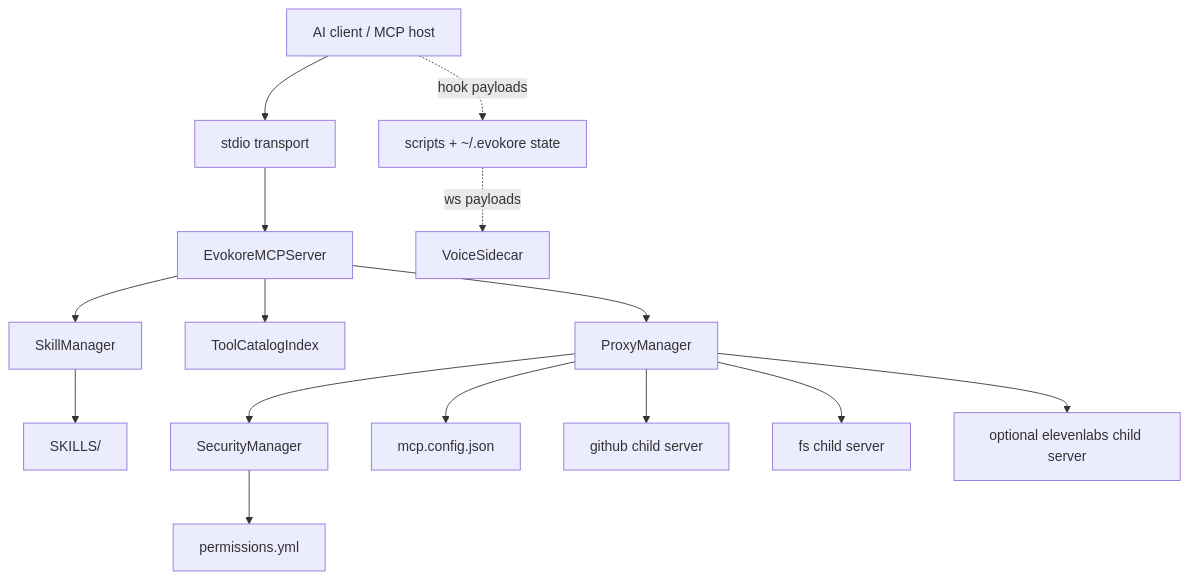
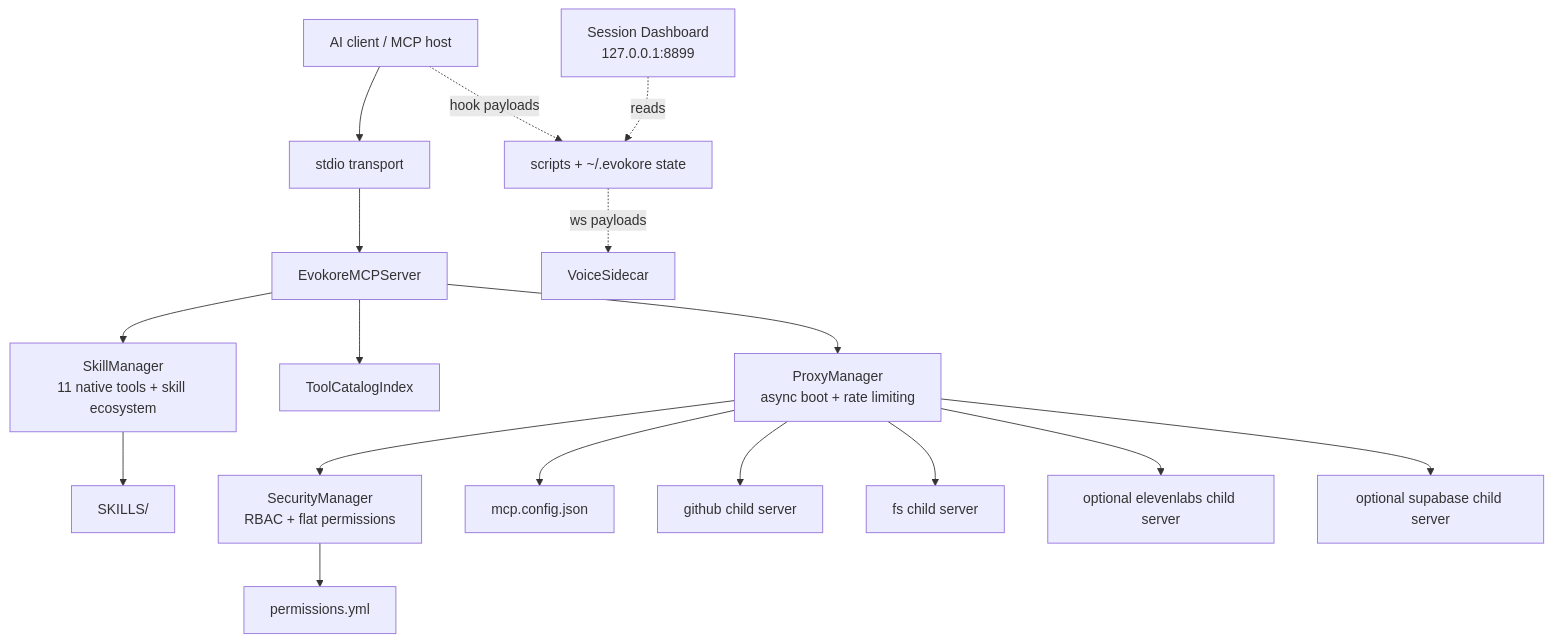
The first of 2 diagrams in docs/ARCHITECTURE.md (mattmre/EVOKORE-MCP), drawn with Mermaid before and after one commit. The commit also changed other lines of this file and 3 other files, not shown here.

````diff
--- a/docs/ARCHITECTURE.md
+++ b/docs/ARCHITECTURE.md
@@ -210,32 +231,36 @@
 ```mermaid
 flowchart TB
     Client[AI client / MCP host]
     Stdio[stdio transport]
     Server[EvokoreMCPServer]
-    Skill[SkillManager]
+    Skill[SkillManager<br/>11 native tools + skill ecosystem]
     Catalog[ToolCatalogIndex]
-    Security[SecurityManager]
-    Proxy[ProxyManager]
+    Security[SecurityManager<br/>RBAC + flat permissions]
+    Proxy[ProxyManager<br/>async boot + rate limiting]
     Config[mcp.config.json]
     Perms[permissions.yml]
     Skills[SKILLS/]
     GitHub[github child server]
     FS[fs child server]
     Eleven[optional elevenlabs child server]
+    Supa[optional supabase child server]
     Voice[VoiceSidecar]
     Hooks[scripts + ~/.evokore state]
+    Dashboard[Session Dashboard<br/>127.0.0.1:8899]
 
     Client --> Stdio --> Server
     Server --> Skill
     Server --> Catalog
     Server --> Proxy
     Proxy --> Security
     Proxy --> Config
     Security --> Perms
     Skill --> Skills
     Proxy --> GitHub
     Proxy --> FS
     Proxy --> Eleven
+    Proxy --> Supa
     Client -. hook payloads .-> Hooks
     Hooks -. ws payloads .-> Voice
+    Dashboard -. reads .-> Hooks
 ```
````
